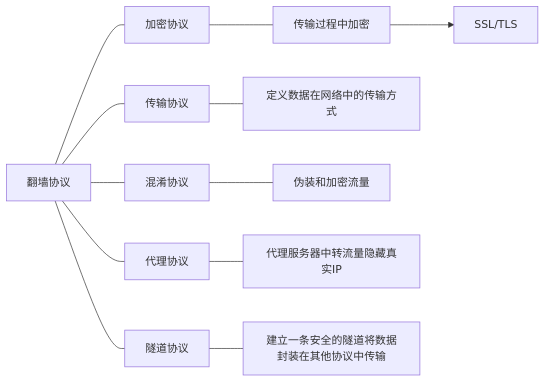
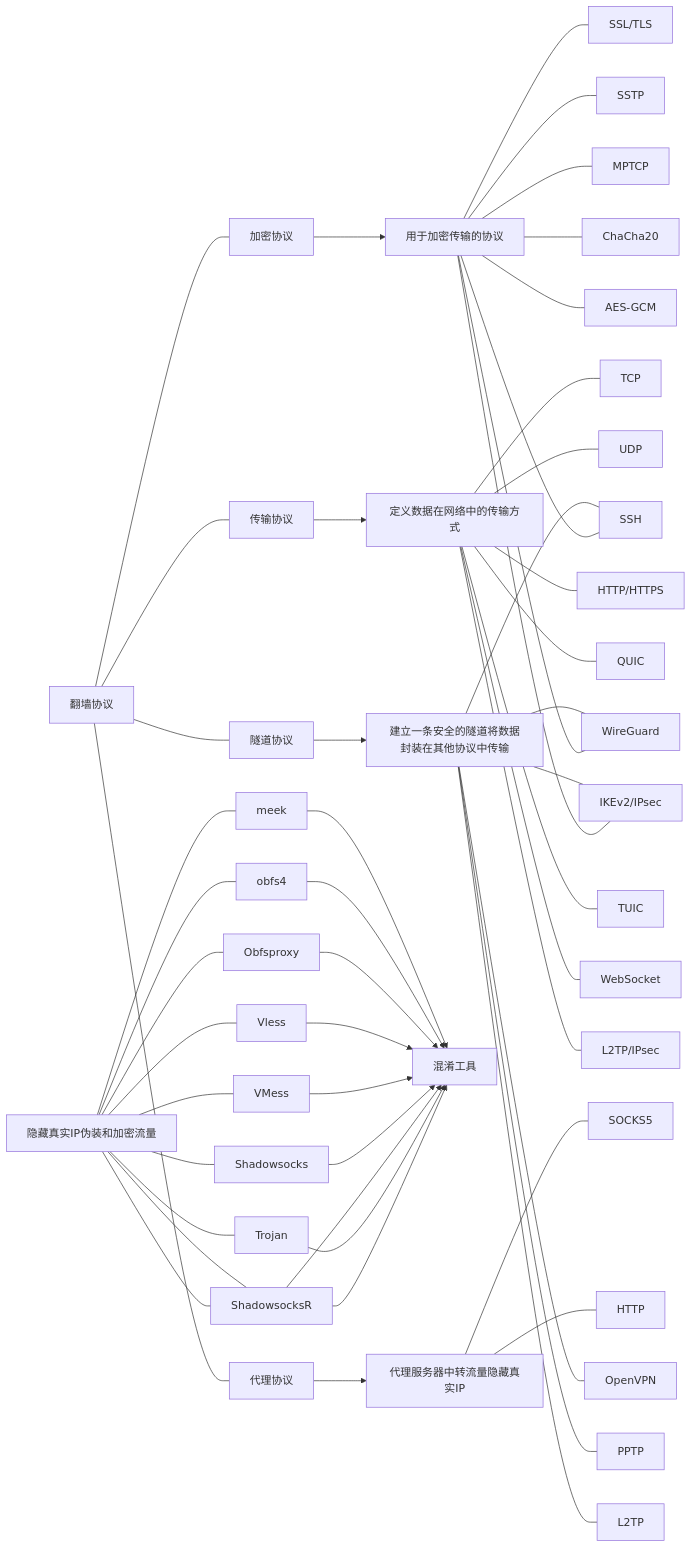
The diagram in content/🛜科学上网/翻墙协议讲解.md (baib-web/flowershow), drawn with Mermaid before and after one commit. The commit also changed other lines of this file, not shown here.

Commit message:
Update content content/🛜科学上网/翻墙协议讲解.md

````diff
--- a/content/🛜科学上网/翻墙协议讲解.md
+++ b/content/🛜科学上网/翻墙协议讲解.md
@@ -10,14 +10,89 @@
 ```mermaid
 flowchart LR
+
 翻墙协议 --- 加密协议
-加密协议 --- 传输过程中加密
-传输过程中加密 --> SSL/TLS
-翻墙协议 --- 传输协议 
-传输协议 --- 定义数据在网络中的传输方式
-翻墙协议 --- 混淆协议 
-混淆协议 --- 伪装和加密流量
-翻墙协议 --- 代理协议 
-代理协议 --- 代理服务器中转流量隐藏真实IP
+
+加密协议 --> 用于加密传输的协议
+
+用于加密传输的协议 --- SSL/TLS
+
+用于加密传输的协议 --- WireGuard
+
+用于加密传输的协议 --- SSH
+
+用于加密传输的协议 --- SSTP
+
+用于加密传输的协议 --- IKEv2/IPsec
+
+用于加密传输的协议 --- MPTCP
+
+用于加密传输的协议 --- ChaCha20
+
+用于加密传输的协议 --- AES-GCM
+
+  
+
+翻墙协议 --- 传输协议
+
+传输协议 --> 定义数据在网络中的传输方式
+
+定义数据在网络中的传输方式 --- TCP
+
+定义数据在网络中的传输方式 --- UDP
+
+定义数据在网络中的传输方式 --- HTTP/HTTPS
+
+定义数据在网络中的传输方式 --- QUIC
+
+定义数据在网络中的传输方式 --- TUIC
+
+定义数据在网络中的传输方式 --- WebSocket
+
+定义数据在网络中的传输方式 --- L2TP/IPsec
+
+  
+
+翻墙协议 --- 代理协议
+
+代理协议 --> 代理服务器中转流量隐藏真实IP
+
+代理服务器中转流量隐藏真实IP --- SOCKS5
+
+代理服务器中转流量隐藏真实IP --- HTTP
+
+隐藏真实IP伪装和加密流量 --- ShadowsocksR --> 混淆工具
+
+隐藏真实IP伪装和加密流量 --- Trojan --> 混淆工具
+
+隐藏真实IP伪装和加密流量 --- ShadowsocksR --> 混淆工具
+
+隐藏真实IP伪装和加密流量 --- Shadowsocks --> 混淆工具
+
+隐藏真实IP伪装和加密流量 --- VMess --> 混淆工具
+
+隐藏真实IP伪装和加密流量 --- Vless --> 混淆工具
+
+隐藏真实IP伪装和加密流量 --- Obfsproxy --> 混淆工具
+
+隐藏真实IP伪装和加密流量 --- obfs4 --> 混淆工具
+
+隐藏真实IP伪装和加密流量 --- meek --> 混淆工具
+
+  
+
 翻墙协议 --- 隧道协议
-隧道协议 --- 建立一条安全的隧道将数据封装在其他协议中传输
+
+隧道协议 --> 建立一条安全的隧道将数据封装在其他协议中传输
+
+建立一条安全的隧道将数据封装在其他协议中传输 --- OpenVPN
+
+建立一条安全的隧道将数据封装在其他协议中传输 --- SSH
+
+建立一条安全的隧道将数据封装在其他协议中传输 --- IKEv2/IPsec
+
+建立一条安全的隧道将数据封装在其他协议中传输 --- PPTP
+
+建立一条安全的隧道将数据封装在其他协议中传输 --- L2TP
+
+建立一条安全的隧道将数据封装在其他协议中传输 --- WireGuard
 ```
````
